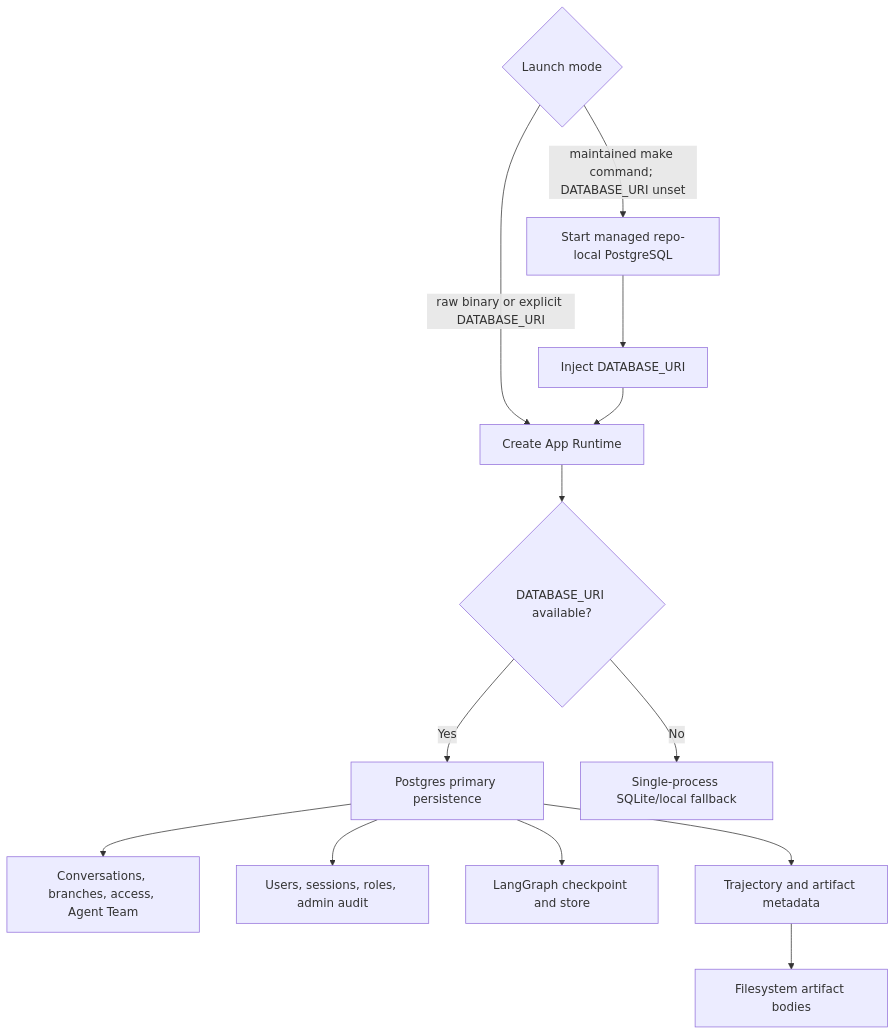
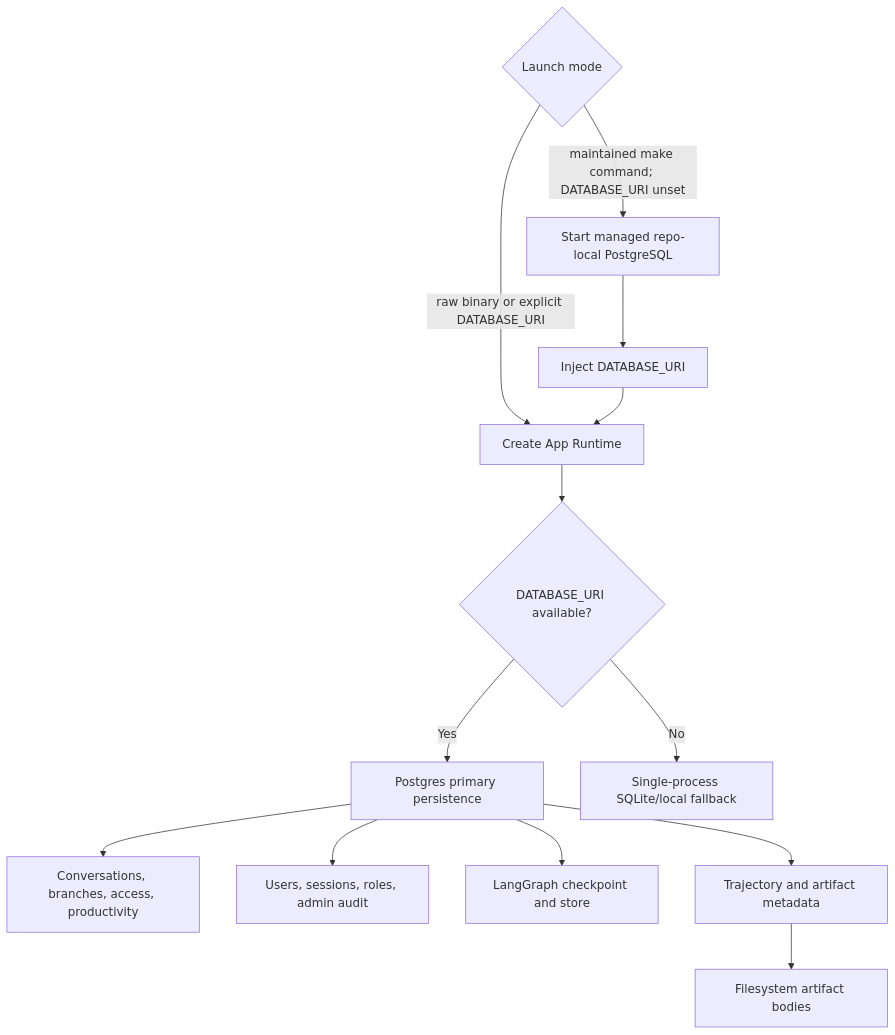
Before and after one commit to William-zgx/focus-agent: the eighth of 10 diagrams in docs/architecture.md, drawn with Mermaid. The commit also changed other lines of this file and 132 other files, not shown here.

First line of the commit message:
feat(v2)!: 删除 Agent Team 前端与 SDK 产品面

````diff
--- a/docs/architecture.md
+++ b/docs/architecture.md
@@ -594,16 +587,16 @@
 ```mermaid
 flowchart TD
     Launch{"Launch mode"}
     Launch -- "maintained make command; DATABASE_URI unset" --> Managed["Start managed repo-local PostgreSQL"]
     Managed --> Inject["Inject DATABASE_URI"]
     Launch -- "raw binary or explicit DATABASE_URI" --> Runtime["Create App Runtime"]
     Inject --> Runtime
     Runtime --> Decision{"DATABASE_URI available?"}
     Decision -- "Yes" --> PG["Postgres primary persistence"]
     Decision -- "No" --> Fallback["Single-process SQLite/local fallback"]
-    PG --> AppState["Conversations, branches, access, Agent Team"]
+    PG --> AppState["Conversations, branches, access, productivity"]
     PG --> AdminState["Users, sessions, roles, admin audit"]
     PG --> GraphStore["LangGraph checkpoint and store"]
     PG --> TraceMeta["Trajectory and artifact metadata"]
     TraceMeta --> Files["Filesystem artifact bodies"]
 ```
````
